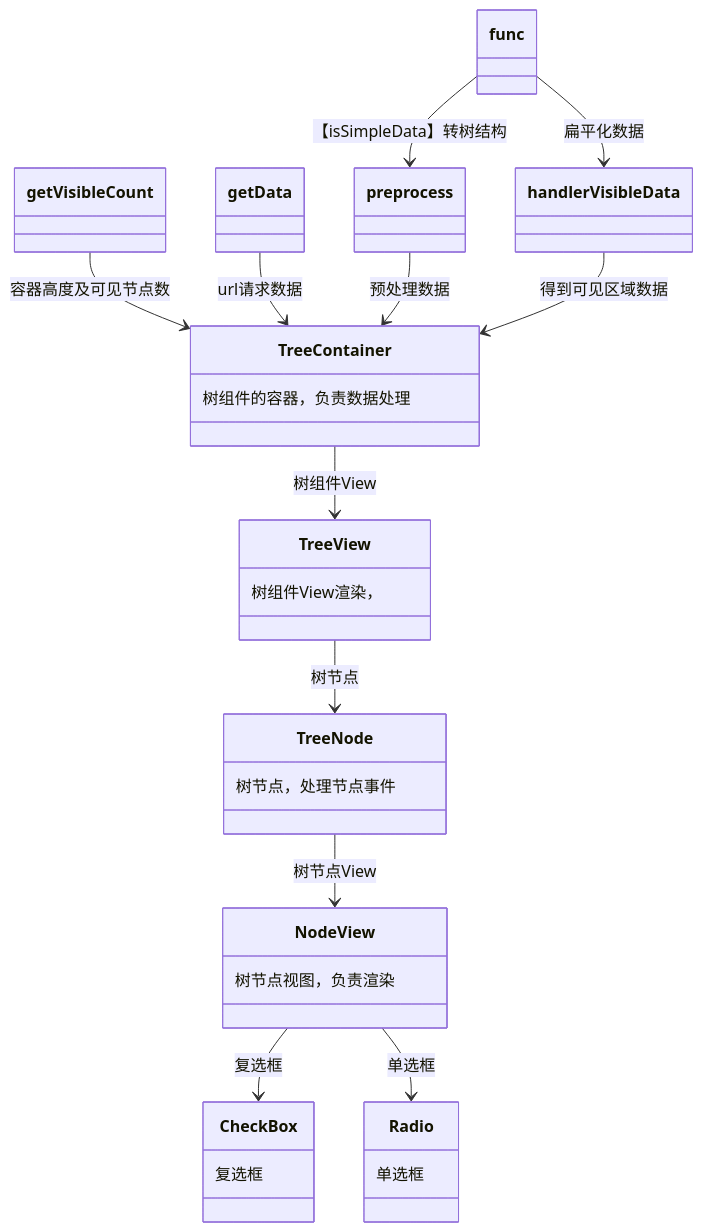
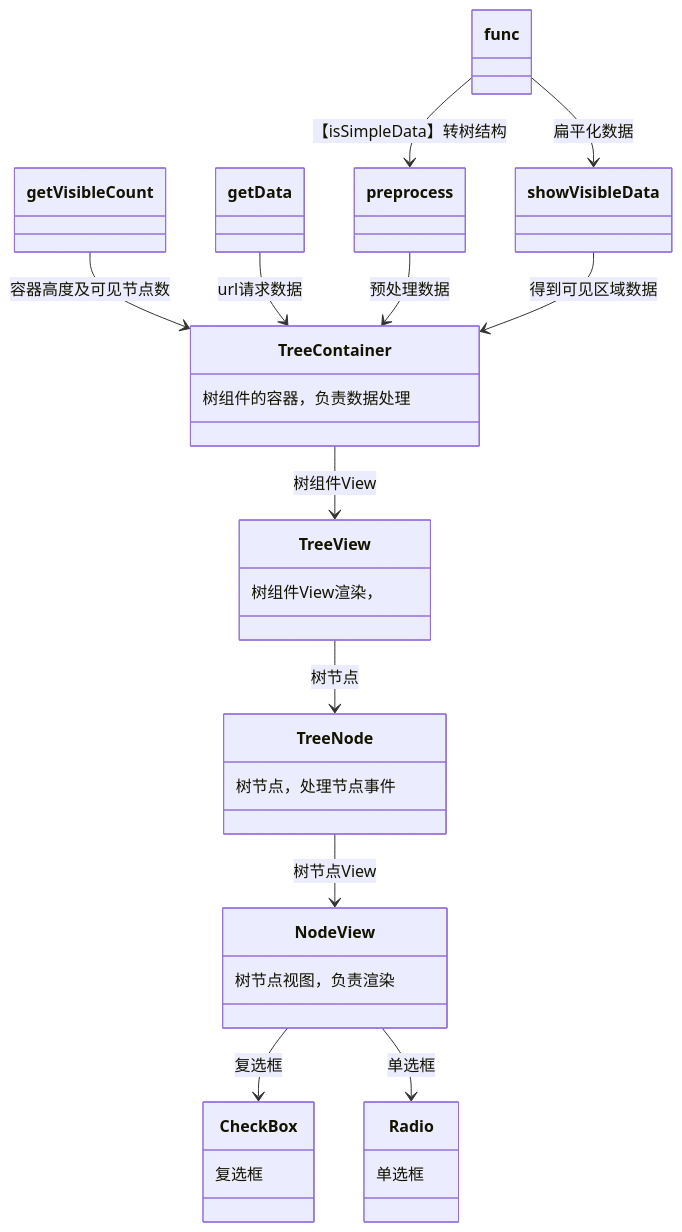
One commit to wangzhiyonglyk/wasabi-tree changed the first of 3 diagrams in README.md. Above: the diagram before and after it, drawn with Mermaid. The commit also changed other lines of this file and 13 other files, not shown here.

````diff
--- a/README.md
+++ b/README.md
@@ -44,35 +56,35 @@
 ```Mermaid
 classDiagram
     class TreeContainer{
     树组件的容器，负责数据处理
     }
     class TreeView{
         树组件View渲染，
     }
 
     class TreeNode{
         树节点，处理节点事件
     }
     class NodeView{
         树节点视图，负责渲染
     }
     class CheckBox{
         复选框
     }
     class Radio{
         单选框
     }
  
     TreeContainer-->TreeView:树组件View
     TreeView-->TreeNode:树节点
     TreeNode-->NodeView:树节点View
     NodeView-->CheckBox:复选框
       NodeView-->Radio:单选框
     getVisibleCount-->TreeContainer:容器高度及可见节点数
     getData-->TreeContainer:url请求数据
     preprocess-->TreeContainer:预处理数据
-    handlerVisibleData-->TreeContainer:得到可见区域数据
+    showVisibleData-->TreeContainer:得到可见区域数据
     func-->preprocess:【isSimpleData】转树结构
-    func-->handlerVisibleData:扁平化数据
+    func-->showVisibleData:扁平化数据
 
 ```
````
